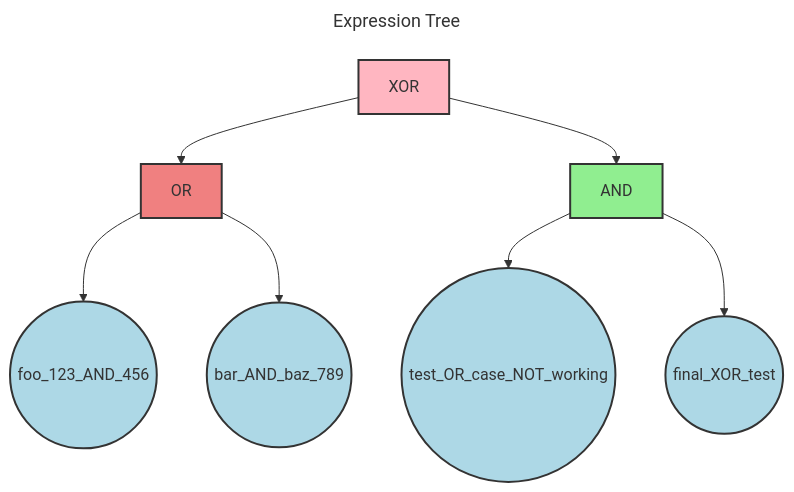
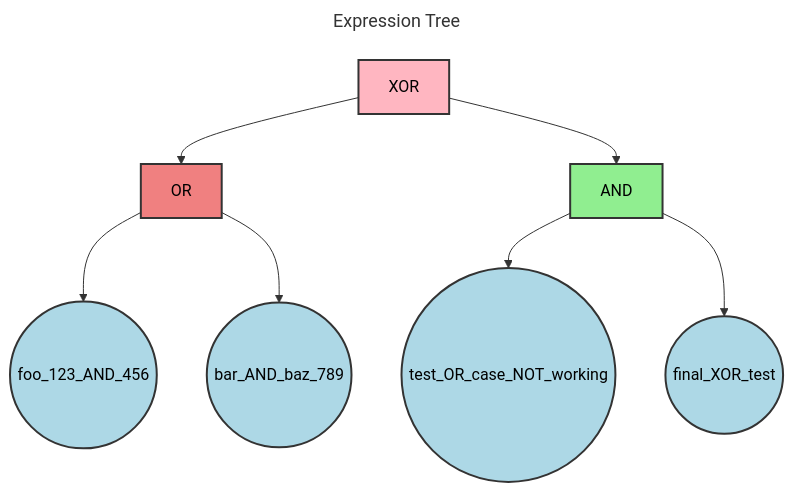
The first of 2 diagrams in test_expressions/reference_outputs/complex_boundary_regression_analysis.md (Alan-Jowett/bdd_test), drawn with Mermaid before and after one commit. The commit also changed other lines of this file and 23 other files, not shown here.

First line of the commit message:
fix: Add dark-mode friendly text colors to Mermaid diagrams

````diff
--- a/test_expressions/reference_outputs/complex_boundary_regression_analysis.md
+++ b/test_expressions/reference_outputs/complex_boundary_regression_analysis.md
@@ -13,34 +13,34 @@
 ```mermaid
 ---
 title: Expression Tree
 ---
 flowchart TD
     N1["XOR"]
     N2["OR"]
     N3(("foo_123_AND_456"))
     N4(("bar_AND_baz_789"))
     N5["AND"]
     N6(("test_OR_case_NOT_working"))
     N7(("final_XOR_test"))
 
     N1 --> N2
     N2 --> N3
     N2 --> N4
     N1 --> N5
     N5 --> N6
     N5 --> N7
 
     class N1 xorOp
     class N2 orOp
     class N3 variable
     class N4 variable
     class N5 andOp
     class N6 variable
     class N7 variable
 
-    classDef variable fill:lightblue,stroke:#333,stroke-width:2px
-    classDef andOp fill:lightgreen,stroke:#333,stroke-width:2px
-    classDef orOp fill:lightcoral,stroke:#333,stroke-width:2px
-    classDef notOp fill:yellow,stroke:#333,stroke-width:2px
-    classDef xorOp fill:lightpink,stroke:#333,stroke-width:2px
+    classDef variable fill:lightblue,stroke:#333,stroke-width:2px,color:#000
+    classDef andOp fill:lightgreen,stroke:#333,stroke-width:2px,color:#000
+    classDef orOp fill:lightcoral,stroke:#333,stroke-width:2px,color:#000
+    classDef notOp fill:yellow,stroke:#333,stroke-width:2px,color:#000
+    classDef xorOp fill:lightpink,stroke:#333,stroke-width:2px,color:#000
 ```
````
